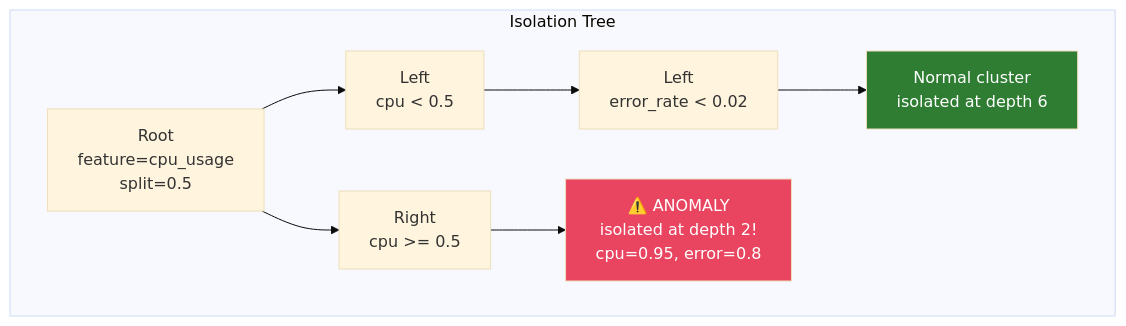
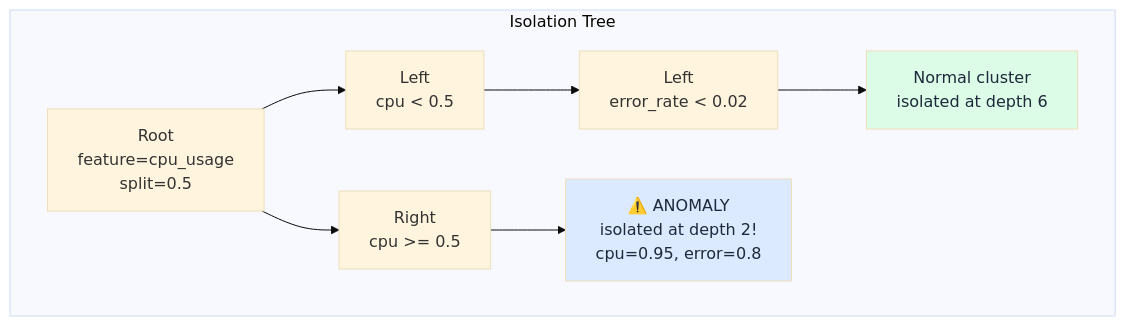
Before and after one commit to XUanhoa04/aiops-engineering-handbook: the third of 8 diagrams in docs/en/08-anomaly-detection/README.md, drawn with Mermaid (base theme). The commit also changed other lines of this file and 39 other files, not shown here.

First line of the commit message:
docs: concept-first Ch.08-12, collapse code, soft Mermaid colors

````diff
--- a/docs/en/08-anomaly-detection/README.md
+++ b/docs/en/08-anomaly-detection/README.md
@@ -627,16 +937,16 @@
 ```mermaid
 graph TD
     subgraph Tree["Isolation Tree"]
         ROOT[Root\nfeature=cpu_usage\nsplit=0.5] 
         L1[Left\ncpu < 0.5]
         R1[Right\ncpu >= 0.5]
         L2[Left\nerror_rate < 0.02]
         ANOMALY[⚠️ ANOMALY\nisolated at depth 2!\ncpu=0.95, error=0.8]
         NORMAL1[Normal cluster\nisolated at depth 6]
         ROOT --> L1 --> L2 --> NORMAL1
         ROOT --> R1 --> ANOMALY
     end
 
-    style ANOMALY fill:#e94560,color:#fff
-    style NORMAL1 fill:#2e7d32,color:#fff
+    style ANOMALY fill:#dbeafe,color:#1e293b
+    style NORMAL1 fill:#dcfce7,color:#1e293b
 ```
````
